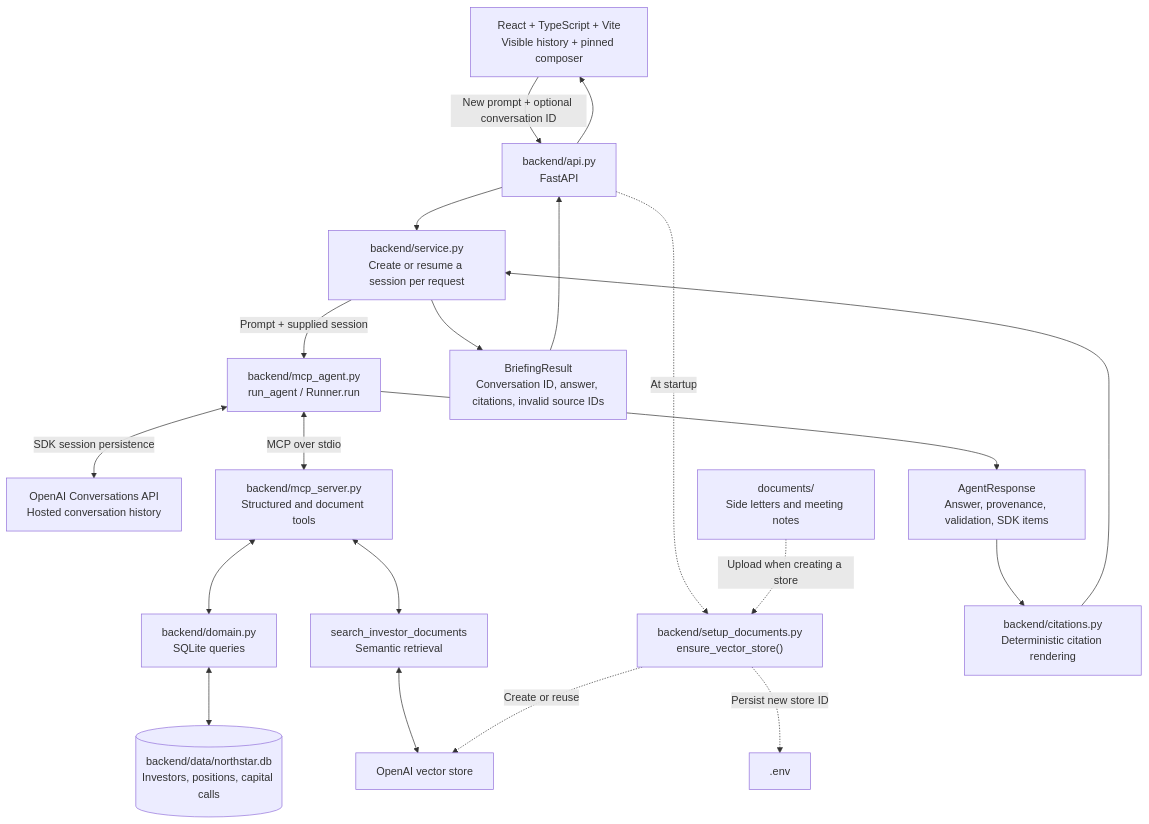
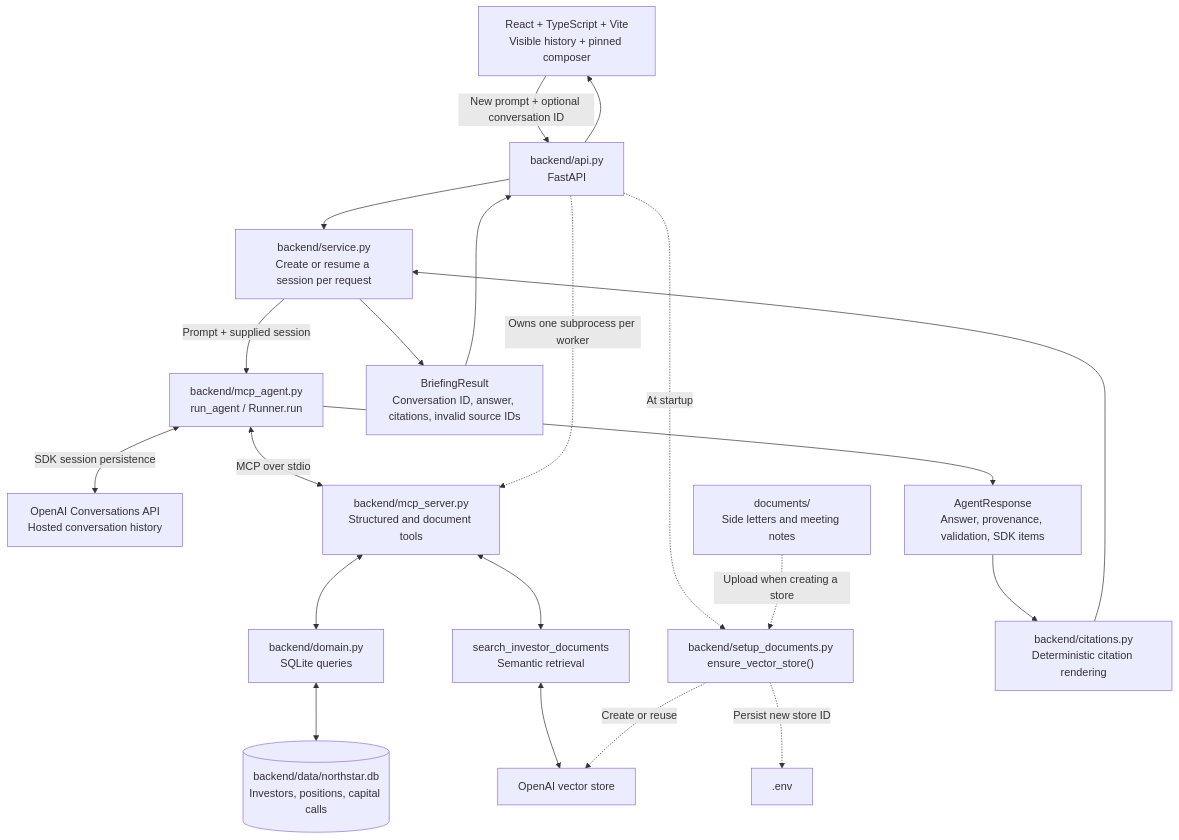
The diagram in README.md (HectorFraireSanchez/gp-investor-relations-agent), drawn with Mermaid before and after one commit. The commit also changed other lines of this file and 6 other files, not shown here.

````diff
--- a/README.md
+++ b/README.md
@@ -58,22 +58,23 @@
 ```mermaid
 flowchart TD
     WEB["React + TypeScript + Vite<br/>Visible history + pinned composer"] -->|New prompt + optional conversation ID| API["backend/api.py<br/>FastAPI"]
     API --> SERVICE["backend/service.py<br/>Create or resume a session per request"]
     SERVICE -->|Prompt + supplied session| A["backend/mcp_agent.py<br/>run_agent / Runner.run"]
     A <-->|SDK session persistence| HISTORY["OpenAI Conversations API<br/>Hosted conversation history"]
     A <-->|MCP over stdio| M["backend/mcp_server.py<br/>Structured and document tools"]
+    API -.->|Owns one subprocess per worker| M
     M <--> D["backend/domain.py<br/>SQLite queries"]
     D <--> DB[("backend/data/northstar.db<br/>Investors, positions, capital calls")]
     M <--> S["search_investor_documents<br/>Semantic retrieval"]
     S <--> V["OpenAI vector store"]
     API -.->|At startup| SETUP["backend/setup_documents.py<br/>ensure_vector_store()"]
     F["documents/<br/>Side letters and meeting notes"] -.->|Upload when creating a store| SETUP
     SETUP -.->|Create or reuse| V
     SETUP -.->|Persist new store ID| ENV[".env"]
     A --> RAW["AgentResponse<br/>Answer, provenance, validation, SDK items"]
     RAW --> R["backend/citations.py<br/>Deterministic citation rendering"]
     R --> SERVICE
     SERVICE --> RESULT["BriefingResult<br/>Conversation ID, answer, citations, invalid source IDs"]
     RESULT --> API
     API --> WEB
 ```
````
